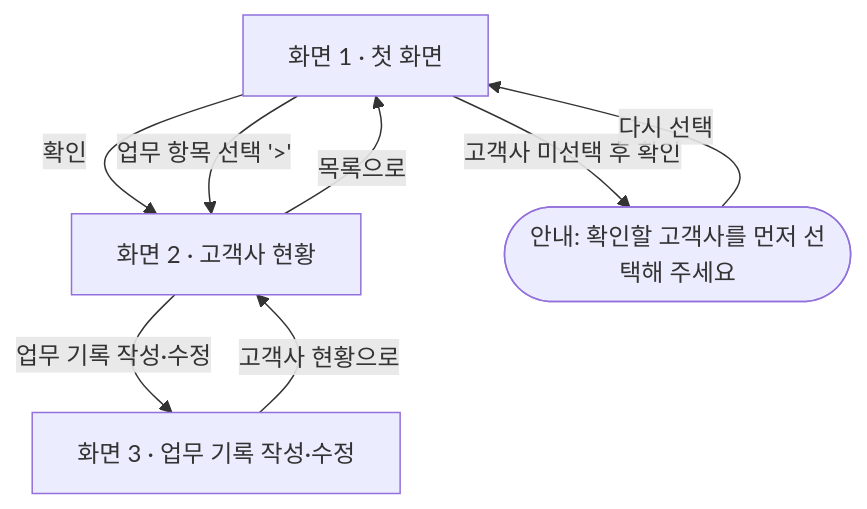
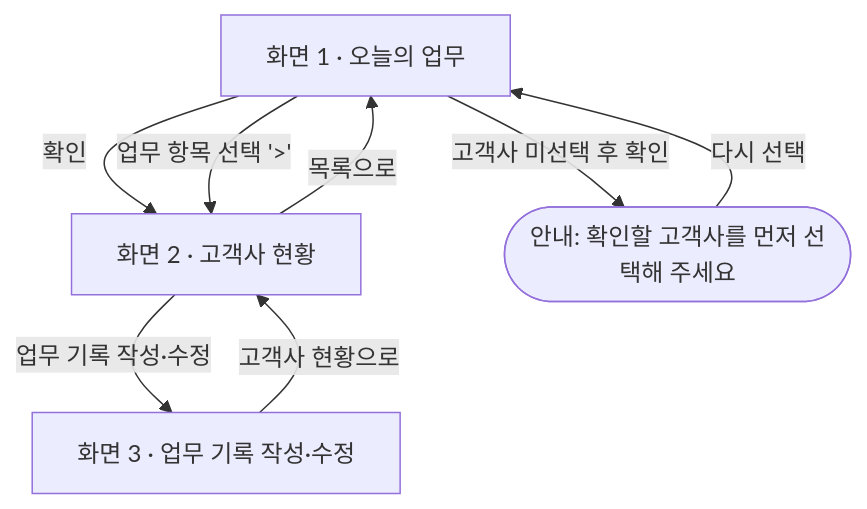
The diagram in PRD.md (baghaggi36/consulting-dashboard), drawn with Mermaid before and after one commit. The commit also changed other lines of this file and 1 other file, not shown here.

````diff
--- a/PRD.md
+++ b/PRD.md
@@ -72,15 +72,15 @@
 ```mermaid
 flowchart TD
-    S1["화면 1 · 첫 화면"]
+    S1["화면 1 · 오늘의 업무"]
     S2["화면 2 · 고객사 현황"]
     S3["화면 3 · 업무 기록 작성·수정"]
     E(["안내: 확인할 고객사를 먼저 선택해 주세요"])
 
     S1 -->|확인| S2
     S1 -->|업무 항목 선택 '>'| S2
     S1 -->|고객사 미선택 후 확인| E
     E -->|다시 선택| S1
     S2 -->|업무 기록 작성·수정| S3
     S2 -->|목록으로| S1
     S3 -->|고객사 현황으로| S2
 ```
````
